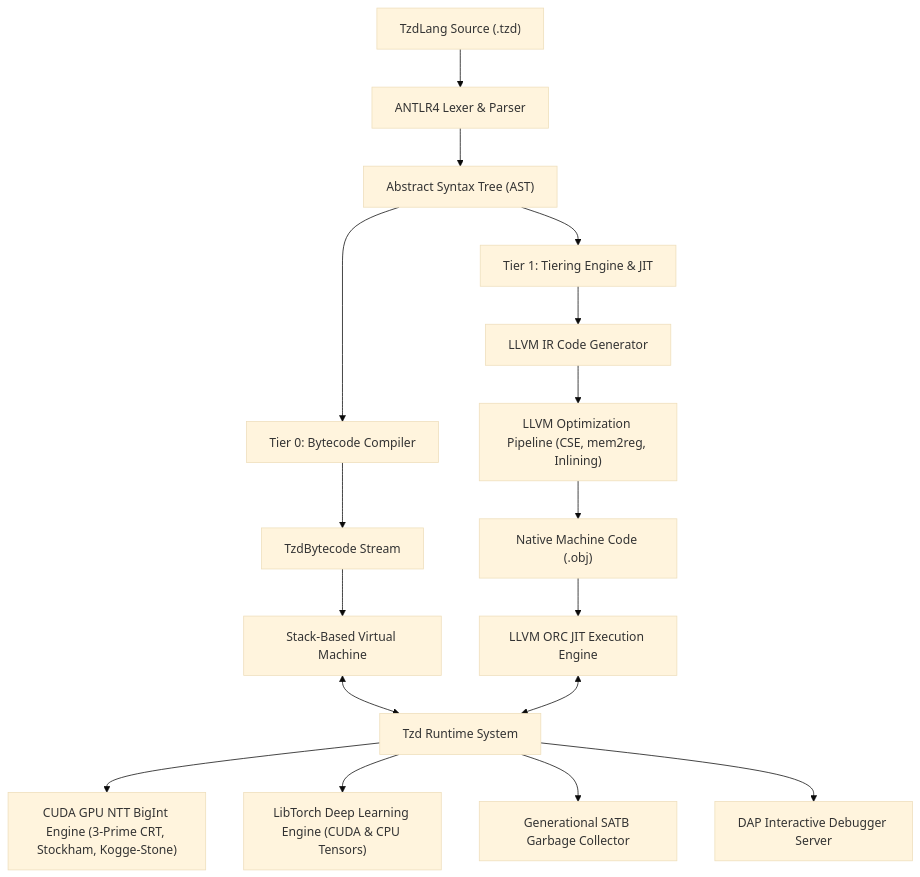
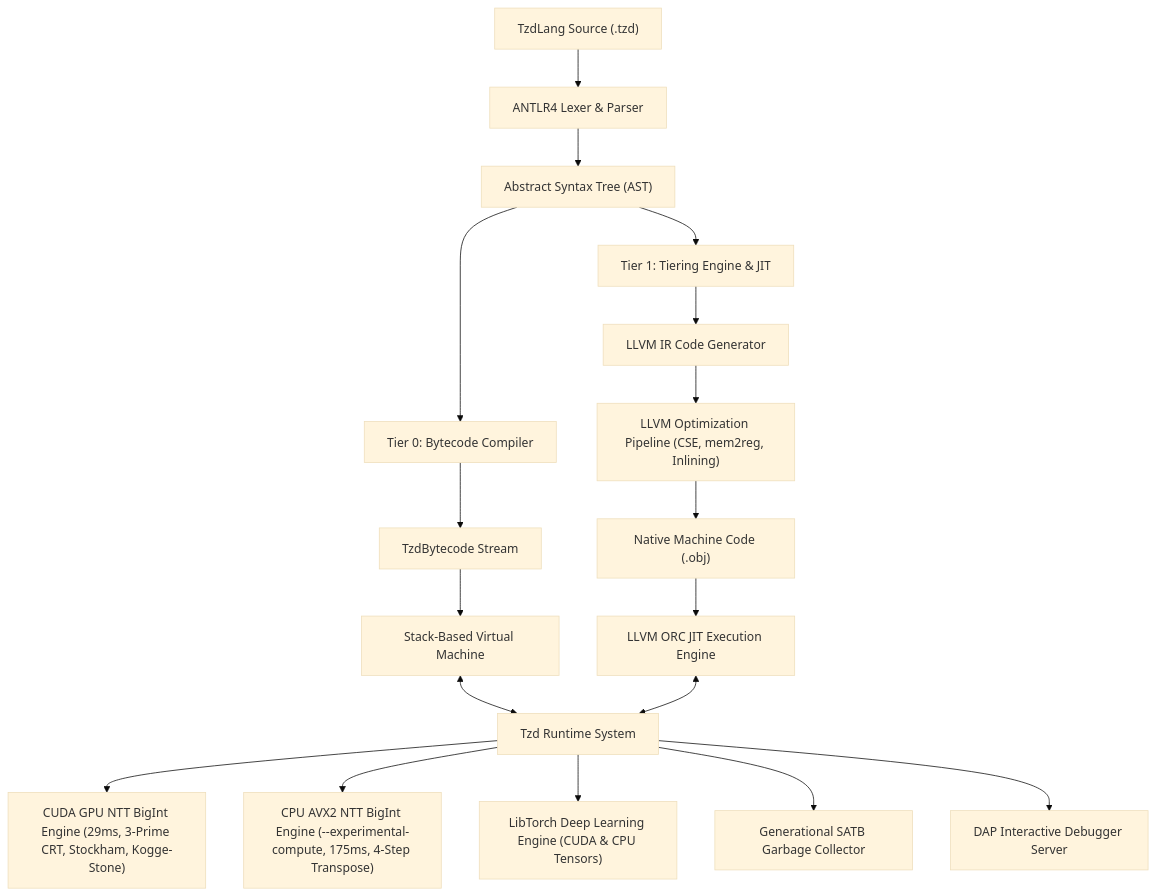
The diagram in wiki/Home.md (tzdwindows/TzdLanguage), drawn with Mermaid (base theme) before and after one commit. The commit also changed other lines of this file and 7 other files, not shown here.

First line of the commit message:
docs: update README and technical wiki with CPU experimental compute NTT engine

````diff
--- a/wiki/Home.md
+++ b/wiki/Home.md
@@ -57,23 +63,24 @@
 ```mermaid
 graph TD
     Source["TzdLang Source (.tzd)"] --> Lexer["ANTLR4 Lexer & Parser"]
     Lexer --> AST["Abstract Syntax Tree (AST)"]
     
     AST --> Tier0["Tier 0: Bytecode Compiler"]
     Tier0 --> Bytecode["TzdBytecode Stream"]
     Bytecode --> VM["Stack-Based Virtual Machine"]
     
     AST --> Tier1["Tier 1: Tiering Engine & JIT"]
     Tier1 --> LLVMIR["LLVM IR Code Generator"]
     LLVMIR --> OptPasses["LLVM Optimization Pipeline (CSE, mem2reg, Inlining)"]
     OptPasses --> ObjectCache["Native Machine Code (.obj)"]
     ObjectCache --> LLJIT["LLVM ORC JIT Execution Engine"]
     
     VM <--> Runtime["Tzd Runtime System"]
     LLJIT <--> Runtime
     
-    Runtime --> BigInt["CUDA GPU NTT BigInt Engine (3-Prime CRT, Stockham, Kogge-Stone)"]
+    Runtime --> BigIntGPU["CUDA GPU NTT BigInt Engine (29ms, 3-Prime CRT, Stockham, Kogge-Stone)"]
+    Runtime --> BigIntCPU["CPU AVX2 NTT BigInt Engine (--experimental-compute, 175ms, 4-Step Transpose)"]
     Runtime --> LibTorch["LibTorch Deep Learning Engine (CUDA & CPU Tensors)"]
     Runtime --> GC["Generational SATB Garbage Collector"]
     Runtime --> DAP["DAP Interactive Debugger Server"]
 ```
````
